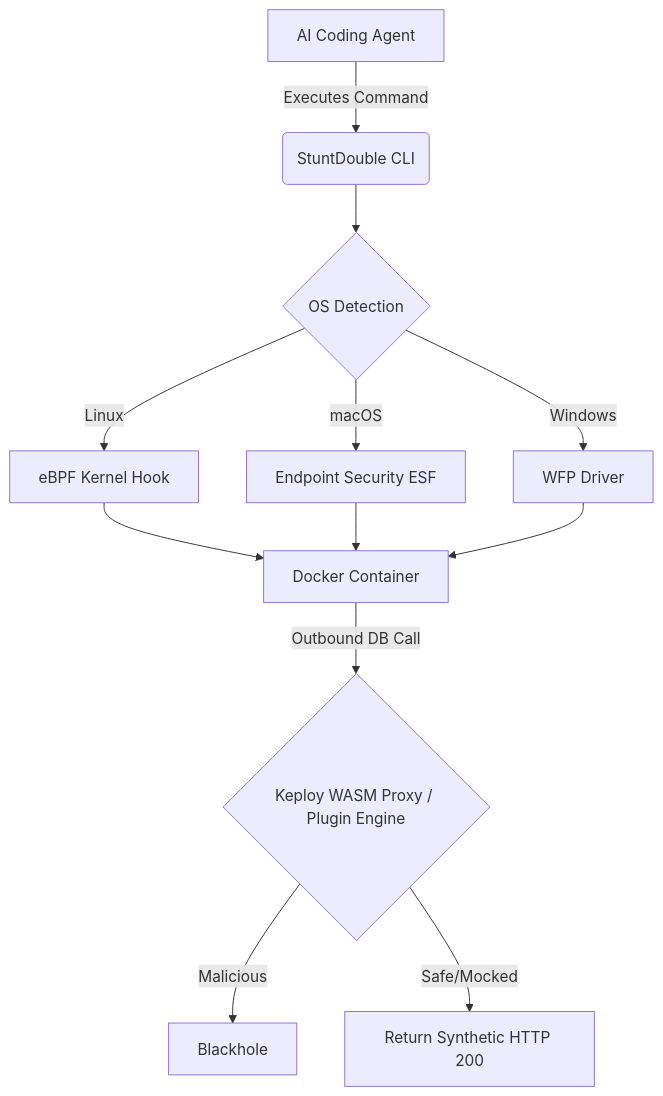
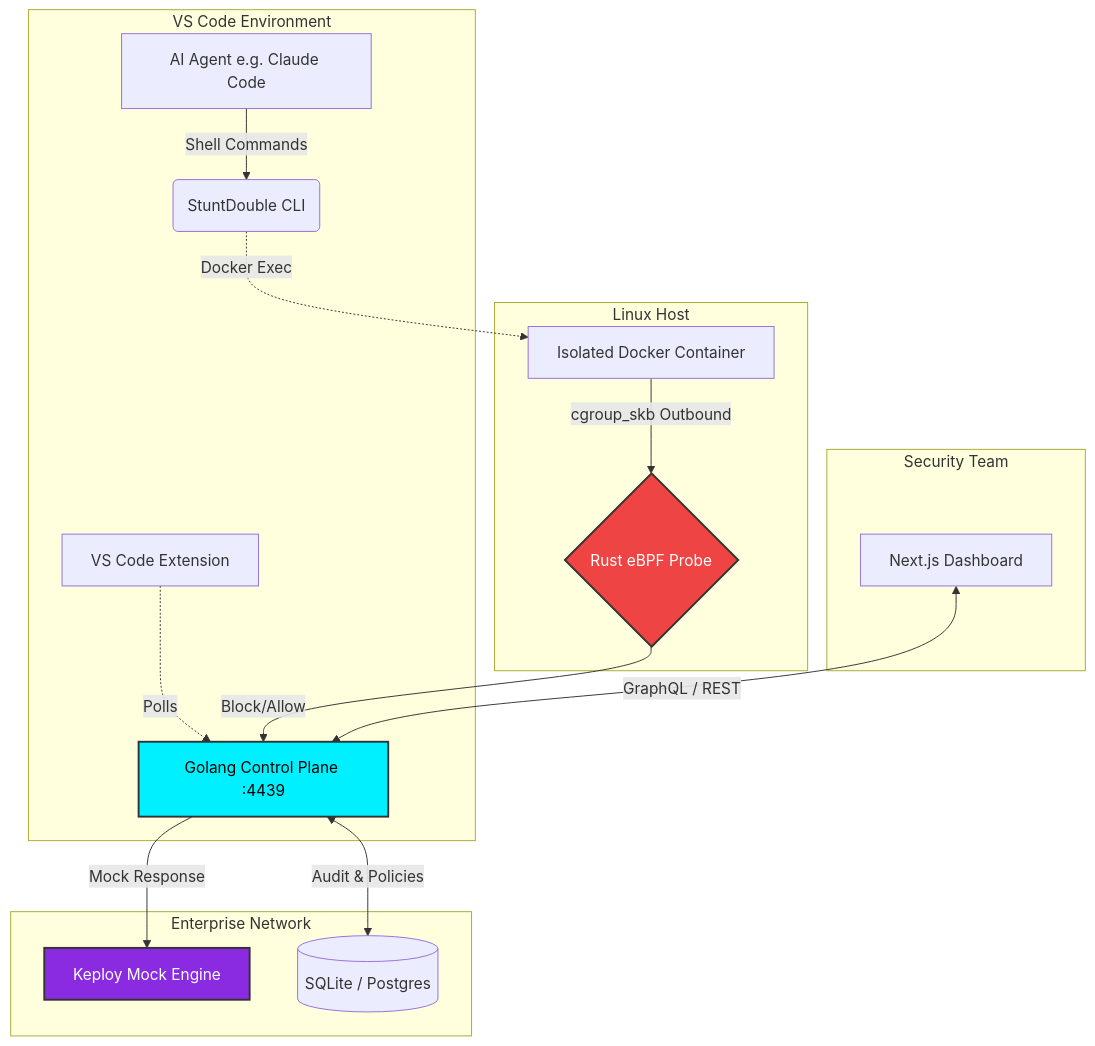
The diagram in ARCHITECTURE.md (itsrohan-lang/stuntdouble), drawn with Mermaid before and after one commit. The commit also changed other lines of this file, not shown here.

Commit message:
docs: extract mermaid architecture graph into dedicated architecture.md file

````diff
--- a/ARCHITECTURE.md
+++ b/ARCHITECTURE.md
@@ -33,17 +5,26 @@
 ```mermaid
 graph TD
-    A[AI Coding Agent] -->|Executes Command| B(StuntDouble CLI)
-    B --> C{OS Detection}
+    subgraph "VS Code Environment"
+        A[AI Agent e.g. Claude Code] -->|Shell Commands| B(StuntDouble CLI)
+        E[VS Code Extension] -.->|Polls| C
+    end
+
+    subgraph "Linux Host"
+        B -.->|Docker Exec| F[Isolated Docker Container]
+        F -->|cgroup_skb Outbound| G{Rust eBPF Probe}
+    end
+
+    subgraph "Enterprise Network"
+        G -->|Block/Allow| C[Golang Control Plane :4439]
+        C -->|Mock Response| K[Keploy Mock Engine]
+        C <-->|Audit & Policies| DB[(SQLite / Postgres)]
+    end
     
-    C -->|Linux| D[eBPF Kernel Hook]
-    C -->|macOS| E[Endpoint Security ESF]
-    C -->|Windows| F[WFP Driver]
+    subgraph "Security Team"
+        D[Next.js Dashboard] <-->|GraphQL / REST| C
+    end
 
-    D --> G[Docker Container]
-    E --> G
-    F --> G
-
-    G -->|Outbound DB Call| H{Keploy WASM Proxy / Plugin Engine}
-    H -->|Malicious| I[Blackhole]
-    H -->|Safe/Mocked| J[Return Synthetic HTTP 200]
+    style G fill:#ef4444,stroke:#333,stroke-width:2px,color:#fff
+    style C fill:#00f0ff,stroke:#333,stroke-width:2px,color:#000
+    style K fill:#8a2be2,stroke:#333,stroke-width:2px,color:#fff
 ```
````
